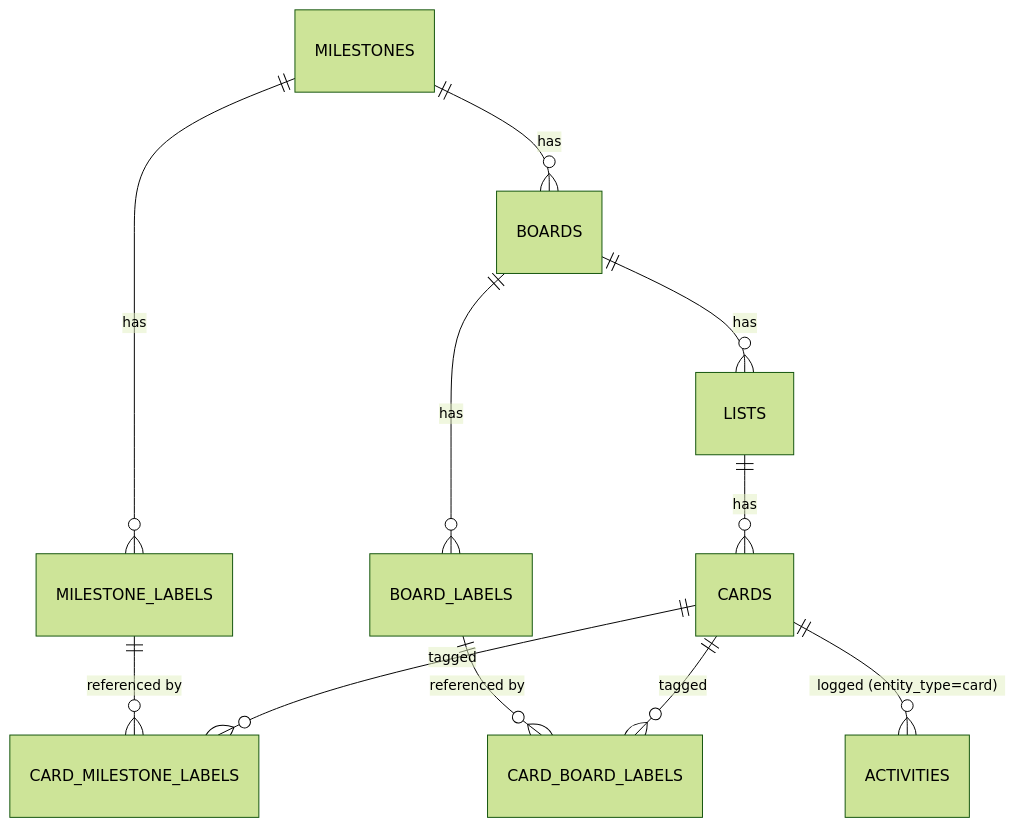
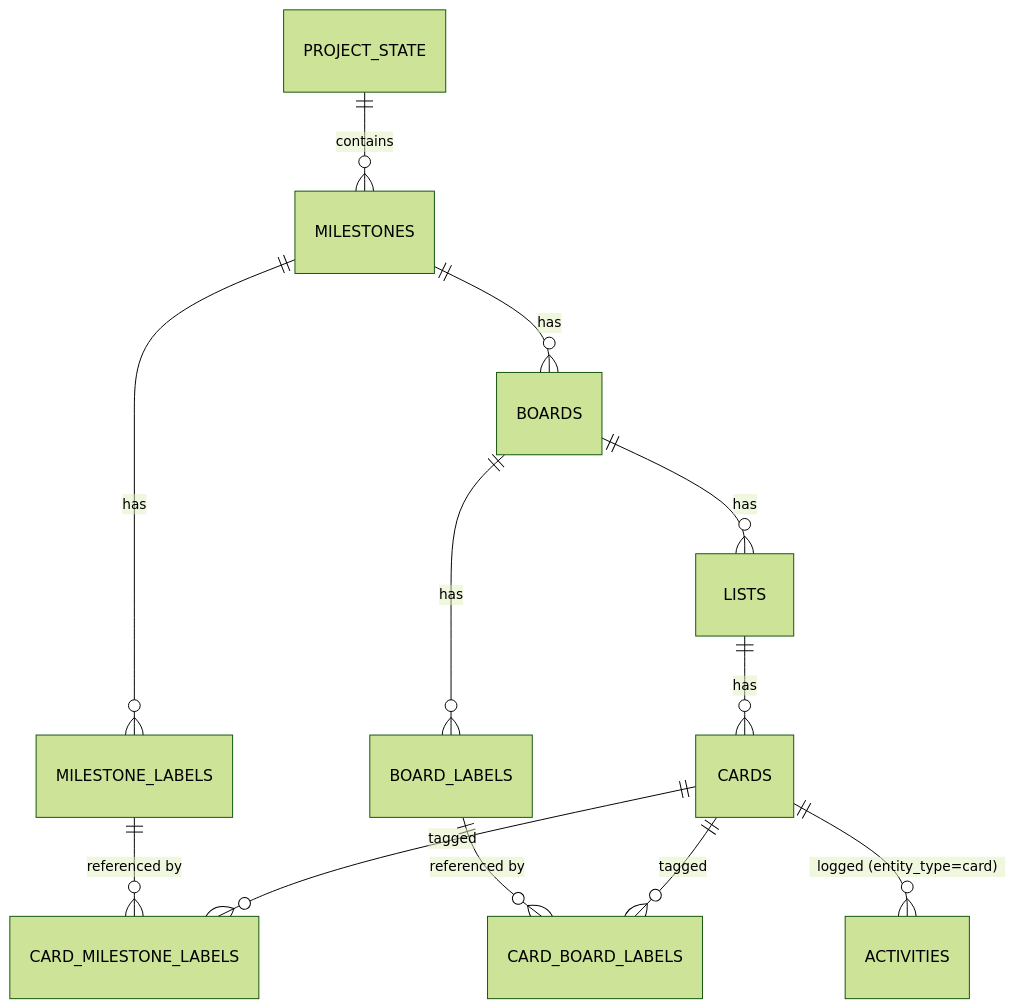
One commit to ngodingin/kanban changed the third of 3 diagrams in docs/03-ENGINEERING.md. Above: the diagram before and after it, drawn with Mermaid (forest theme). The commit also changed other lines of this file and 38 other files, not shown here.

````diff
--- a/docs/03-ENGINEERING.md
+++ b/docs/03-ENGINEERING.md
@@ -436,13 +521,14 @@
 ```mermaid
 erDiagram
+    PROJECT_STATE    ||--o{ MILESTONES : "contains"
     MILESTONES       ||--o{ BOARDS : "has"
     MILESTONES       ||--o{ MILESTONE_LABELS : "has"
     BOARDS           ||--o{ LISTS : "has"
     BOARDS           ||--o{ BOARD_LABELS : "has"
     LISTS            ||--o{ CARDS : "has"
     CARDS            ||--o{ CARD_MILESTONE_LABELS : "tagged"
     CARDS            ||--o{ CARD_BOARD_LABELS : "tagged"
     MILESTONE_LABELS ||--o{ CARD_MILESTONE_LABELS : "referenced by"
     BOARD_LABELS     ||--o{ CARD_BOARD_LABELS : "referenced by"
     CARDS            ||--o{ ACTIVITIES : "logged (entity_type=card)"
 ```
````
